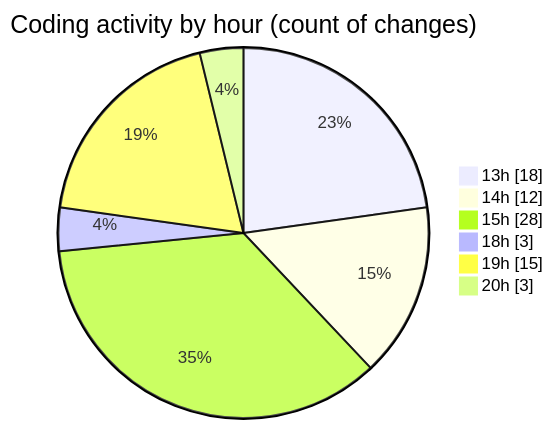
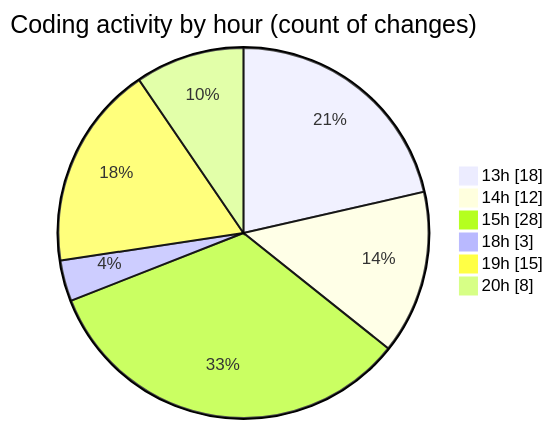
Before and after one commit to idhammustaqopulfikri/code-tracking: the second of 2 diagrams in 2025-06-16/studio-backend/README.md, drawn with Mermaid. The commit also changed other lines of this file and 1 other file, not shown here.

````diff
--- a/2025-06-16/studio-backend/README.md
+++ b/2025-06-16/studio-backend/README.md
@@ -45,10 +45,10 @@
 ```mermaid
 pie showData
 title Coding activity by hour (count of changes)
 "13h" : 18
 "14h" : 12
 "15h" : 28
 "18h" : 3
 "19h" : 15
-"20h" : 3
+"20h" : 8
 ```
````
